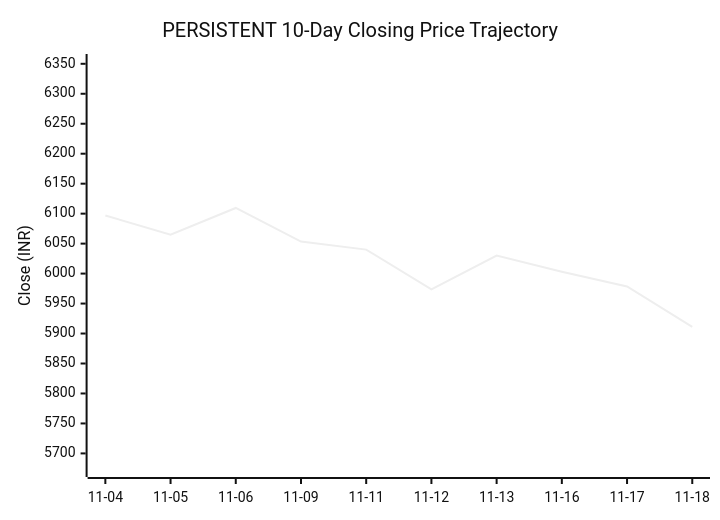
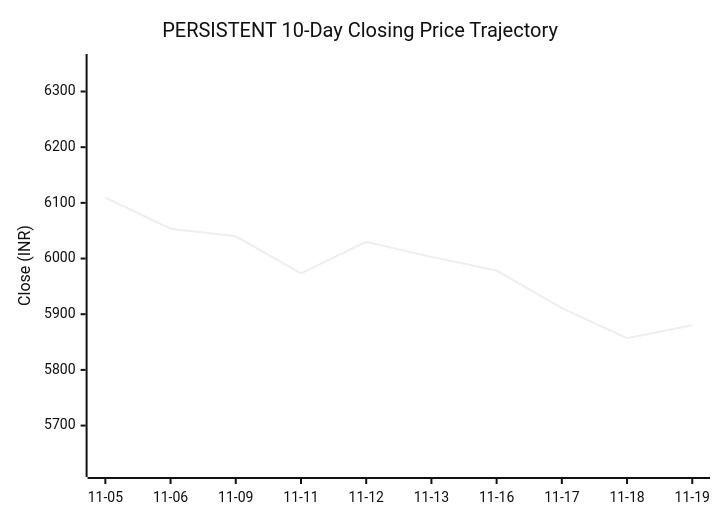
One commit to purnareddy9/dev changed the second of 3 diagrams in market-intelligence/stocks/PERSISTENT/README.md. Above: the diagram before and after it, drawn with Mermaid (neutral theme). The commit also changed other lines of this file and 4 other files, not shown here.

````diff
--- a/market-intelligence/stocks/PERSISTENT/README.md
+++ b/market-intelligence/stocks/PERSISTENT/README.md
@@ -95,7 +95,7 @@
 ```mermaid
 xychart-beta
     title "PERSISTENT 10-Day Closing Price Trajectory"
-    x-axis ["11-04", "11-05", "11-06", "11-09", "11-11", "11-12", "11-13", "11-16", "11-17", "11-18"]
-    y-axis "Close (INR)" 5674 --> 6353
-    line [6097.0, 6065.0, 6109.5, 6053.5, 6040.0, 5973.5, 6030.0, 6003.0, 5978.5, 5911.0]
+    x-axis ["11-05", "11-06", "11-09", "11-11", "11-12", "11-13", "11-16", "11-17", "11-18", "11-19"]
+    y-axis "Close (INR)" 5622 --> 6353
+    line [6109.5, 6053.5, 6040.0, 5973.5, 6030.0, 6003.0, 5978.5, 5911.0, 5857.0, 5880.0]
 ```
````
